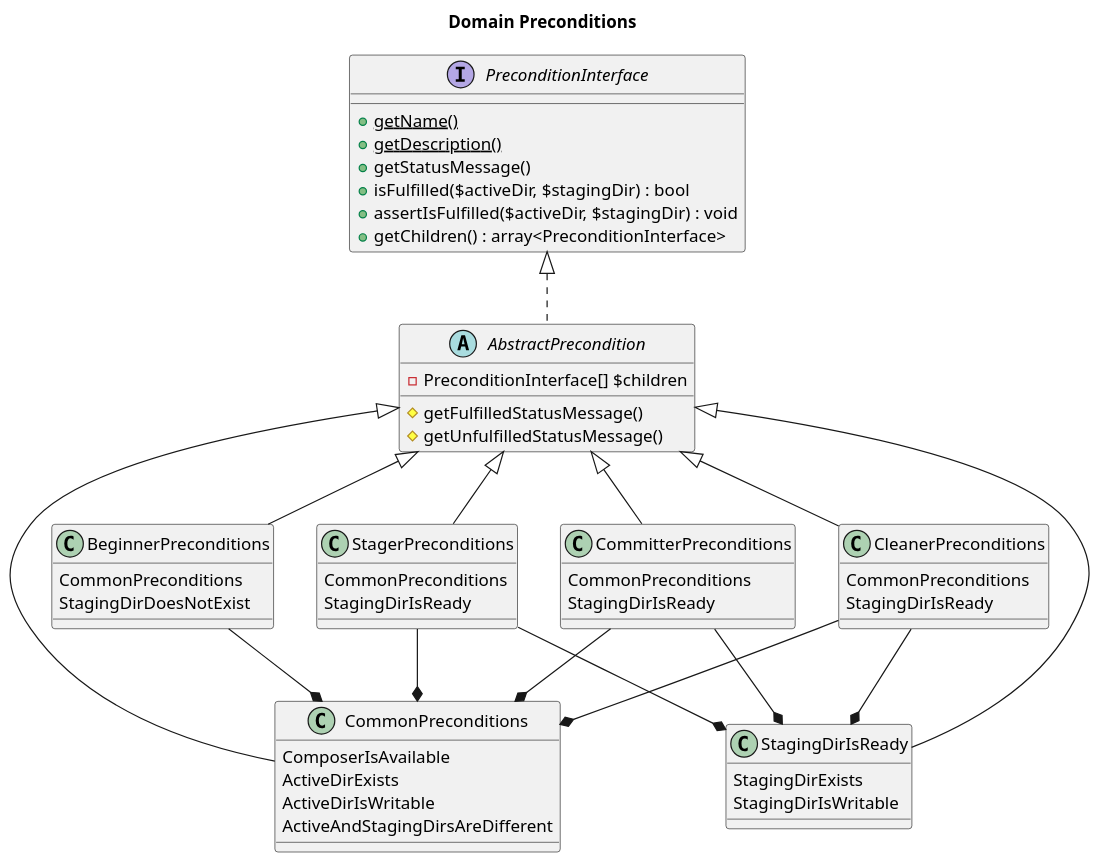
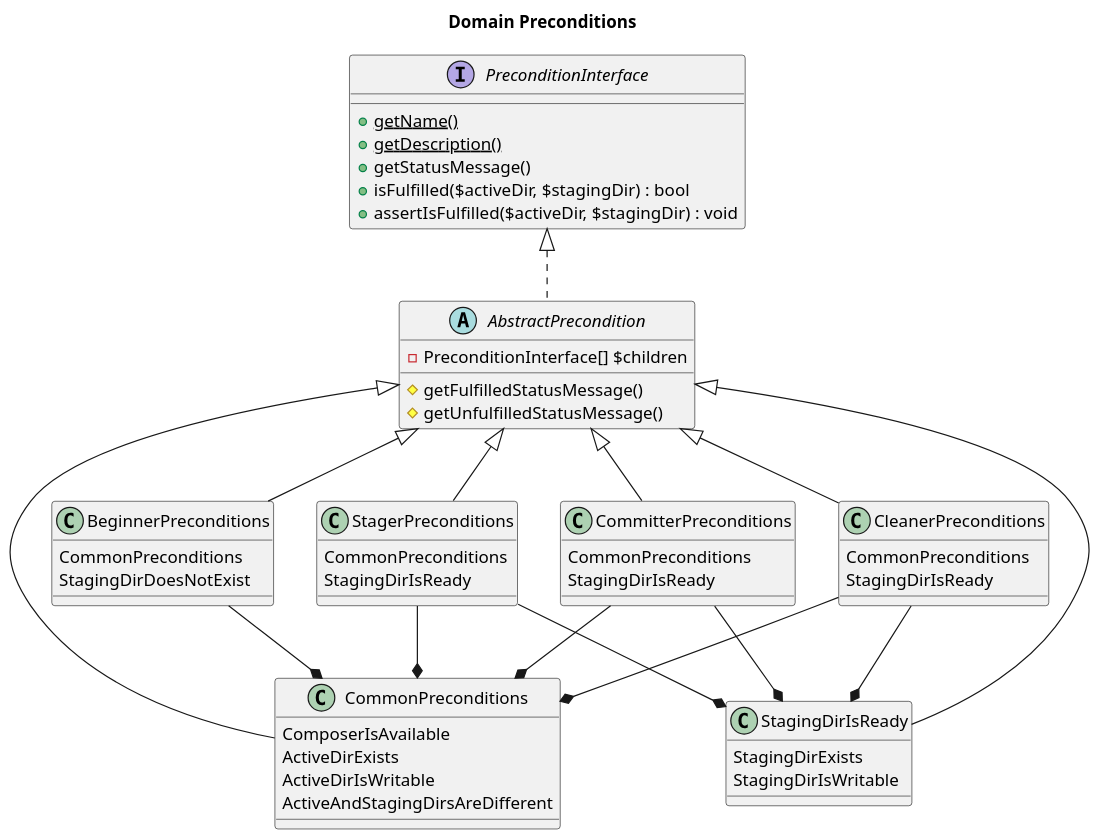
One commit to php-tuf/composer-stager changed the diagram in src/Domain/Service/Precondition/Diagram.puml. Above: the diagram before and after it, drawn with PlantUML. The commit also changed 1 other file, not shown here.

Commit message:
Add preconditions UML diagram.

```diff
--- a/src/Domain/Service/Precondition/Diagram.puml
+++ b/src/Domain/Service/Precondition/Diagram.puml
@@ -1,67 +1,66 @@
 @startuml
 
 ' This is the PlantUML (https://plantuml.com/) source used to generate
 ' the (somewhat pragmatic) UML diagram of the hierarchy of preconditions
 ' (Diagram.png). Said diagram can be regenerated from this source at
 ' https://plantuml-editor.kkeisuke.com/ or with the PhpStorm plugin at
 ' https://plugins.jetbrains.com/plugin/7017-plantuml-integration.
 
 scale 1.25
 
 title Domain Preconditions
 
 interface PreconditionInterface {
     {static} +getName()
     {static} +getDescription()
     +getStatusMessage()
     +isFulfilled($activeDir, $stagingDir) : bool
     +assertIsFulfilled($activeDir, $stagingDir) : void
-    +getChildren() : array<PreconditionInterface>
 }
 
 abstract AbstractPrecondition implements PreconditionInterface {
     -PreconditionInterface[] $children
     #getFulfilledStatusMessage()
     #getUnfulfilledStatusMessage()
 }
 
 class BeginnerPreconditions extends AbstractPrecondition {
     CommonPreconditions
     StagingDirDoesNotExist
 }
 BeginnerPreconditions --* CommonPreconditions
 
 class StagerPreconditions extends AbstractPrecondition {
     CommonPreconditions
     StagingDirIsReady
 }
 StagerPreconditions --* CommonPreconditions
 StagerPreconditions --* StagingDirIsReady
 
 class CommitterPreconditions extends AbstractPrecondition {
     CommonPreconditions
     StagingDirIsReady
 }
 CommitterPreconditions --* CommonPreconditions
 CommitterPreconditions --* StagingDirIsReady
 
 class CleanerPreconditions extends AbstractPrecondition {
     CommonPreconditions
     StagingDirIsReady
 }
 CleanerPreconditions --* CommonPreconditions
 CleanerPreconditions --* StagingDirIsReady
 
 class CommonPreconditions extends AbstractPrecondition {
     ComposerIsAvailable
     ActiveDirExists
     ActiveDirIsWritable
     ActiveAndStagingDirsAreDifferent
 }
 
 class StagingDirIsReady extends AbstractPrecondition {
     StagingDirExists
     StagingDirIsWritable
 }
 
 @enduml
```
